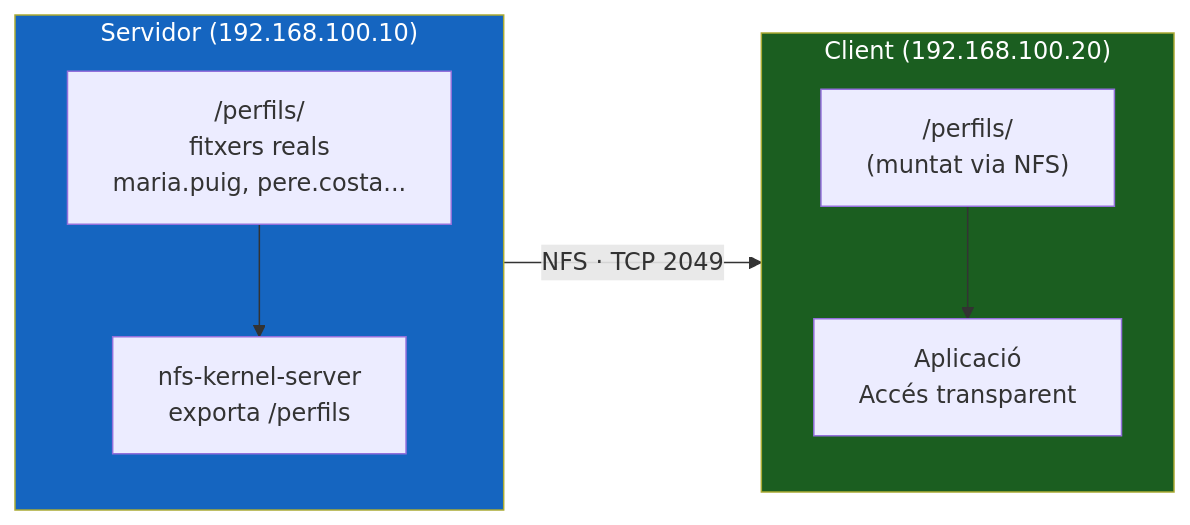
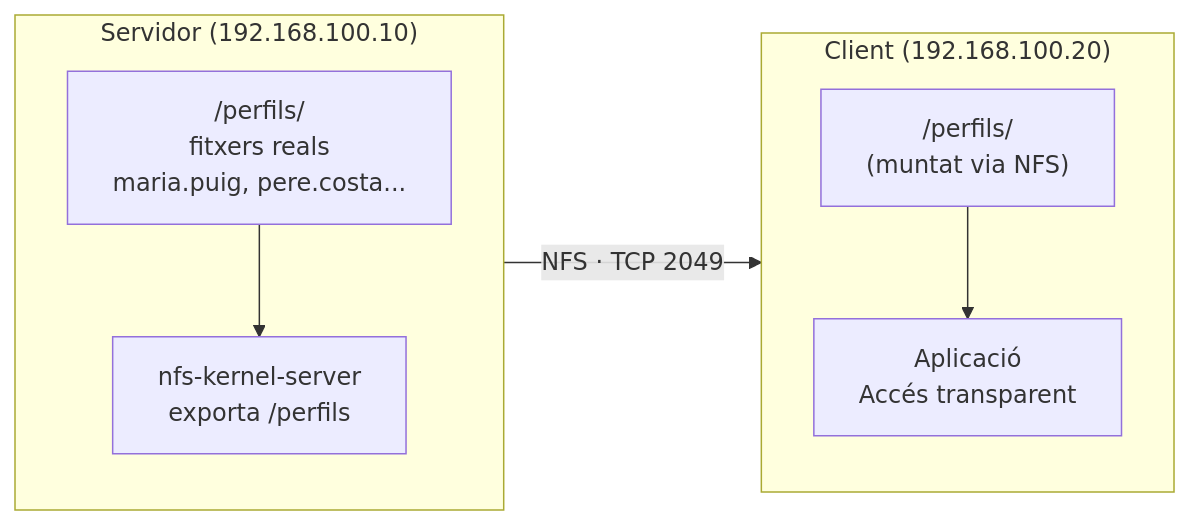
One commit to xtartera/TartyDocs changed the diagram in docs/ut2/bloc7-nfs/34-nfs-conceptes.md. Above: the diagram before and after it, drawn with Mermaid. The commit also changed 15 other files, not shown here.

First line of the commit message:
ut2: elimina style directives dels diagrames mermaid (18 fitxers)

````diff
--- a/docs/ut2/bloc7-nfs/34-nfs-conceptes.md
+++ b/docs/ut2/bloc7-nfs/34-nfs-conceptes.md
@@ -36,17 +36,15 @@
     ```mermaid
     flowchart LR
         subgraph Servidor["Servidor (192.168.100.10)"]
             direction TB
             P["/perfils/\nfitxers reals\nmaria.puig, pere.costa..."] --> EXP["nfs-kernel-server\nexporta /perfils"]
         end
 
         subgraph Client["Client (192.168.100.20)"]
             direction TB
             MNT["/perfils/\n(muntat via NFS)"] --> APP["Aplicació\nAccés transparent"]
         end
 
         EXP -- "NFS · TCP 2049" --> MNT
 
-        style Servidor fill:#1565C0,color:#fff
-        style Client fill:#1B5E20,color:#fff
     ```
````
